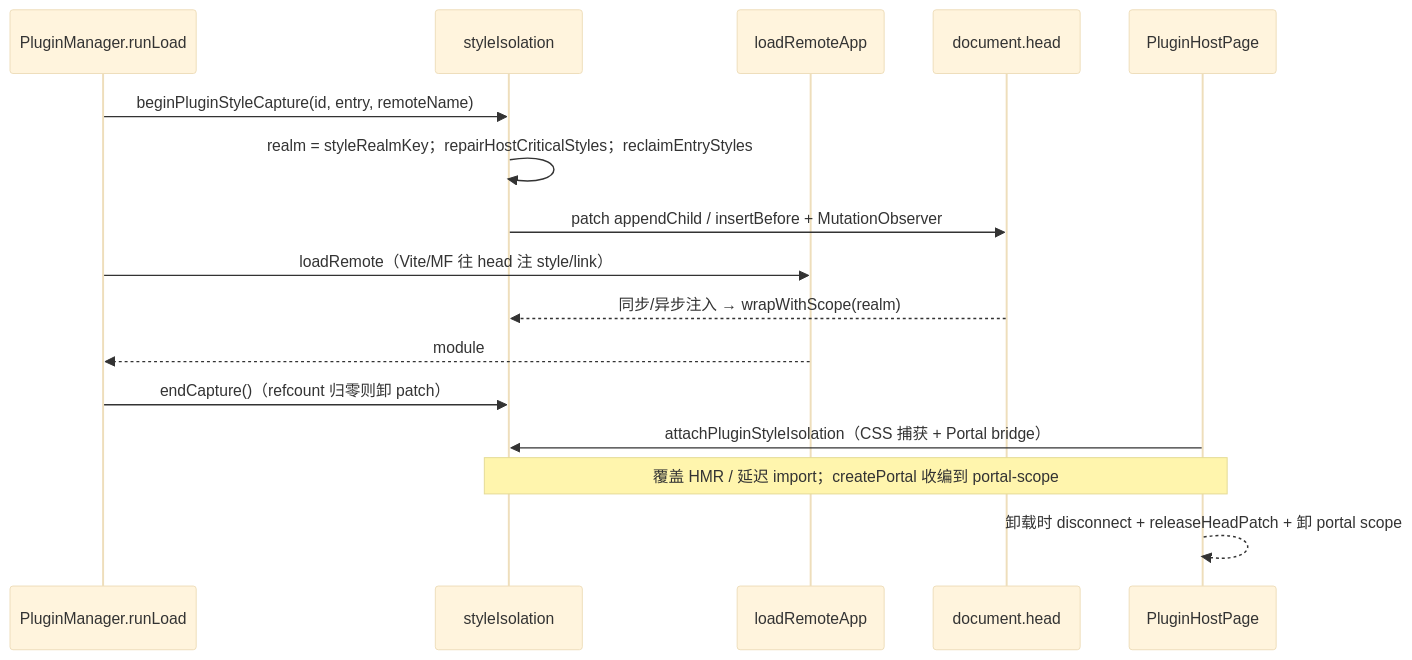
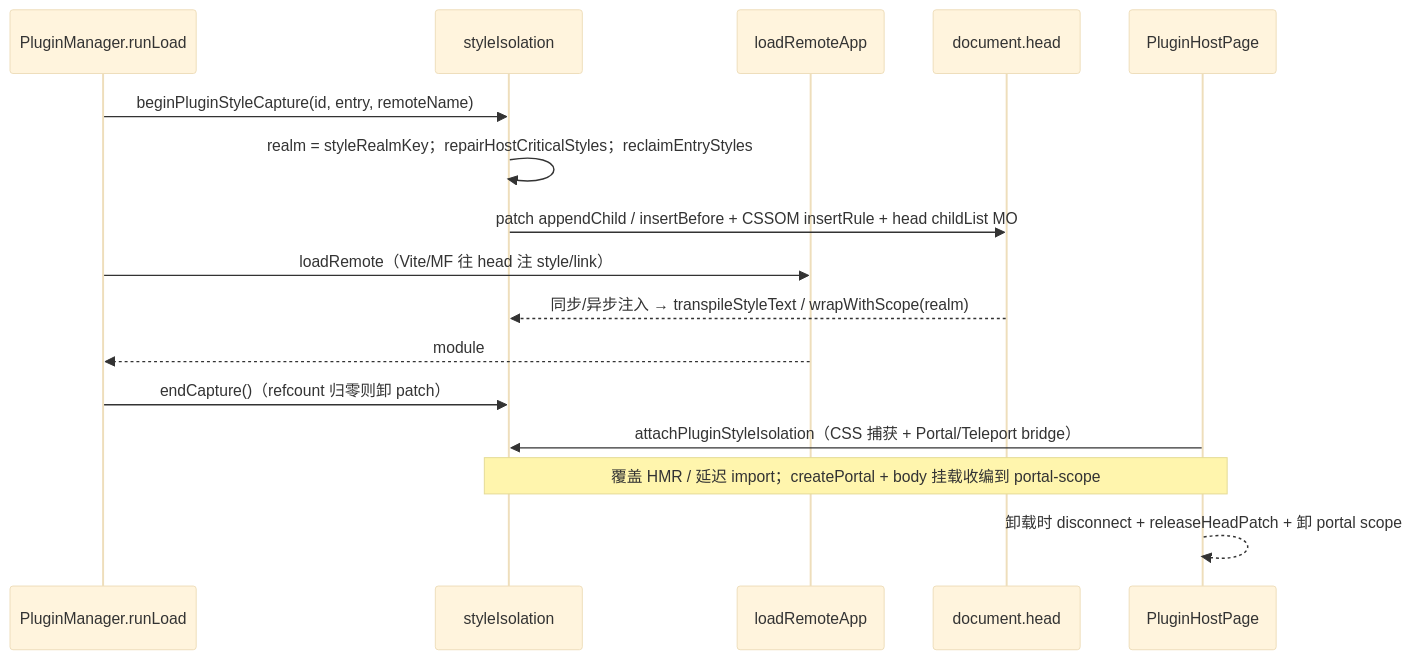
Before and after one commit to dnhyxc/dnhyxc-ai: the first of 7 diagrams in apps/frontend/src/plugins/docs/mf-implementation-guide.md, drawn with Mermaid (base theme). The commit also changed other lines of this file and 34 other files, not shown here.

````diff
--- a/apps/frontend/src/plugins/docs/mf-implementation-guide.md
+++ b/apps/frontend/src/plugins/docs/mf-implementation-guide.md
@@ -2192,19 +2199,19 @@
 ```mermaid
 sequenceDiagram
   participant PM as PluginManager.runLoad
   participant SI as styleIsolation
   participant MF as loadRemoteApp
   participant Head as document.head
   participant Page as PluginHostPage
 
   PM->>SI: beginPluginStyleCapture(id, entry, remoteName)
   SI->>SI: realm = styleRealmKey；repairHostCriticalStyles；reclaimEntryStyles
-  SI->>Head: patch appendChild / insertBefore + MutationObserver
+  SI->>Head: patch appendChild / insertBefore + CSSOM insertRule + head childList MO
   PM->>MF: loadRemote（Vite/MF 往 head 注 style/link）
-  Head-->>SI: 同步/异步注入 → wrapWithScope(realm)
+  Head-->>SI: 同步/异步注入 → transpileStyleText / wrapWithScope(realm)
   MF-->>PM: module
   PM->>SI: endCapture()（refcount 归零则卸 patch）
-  Page->>SI: attachPluginStyleIsolation（CSS 捕获 + Portal bridge）
-  Note over Page,SI: 覆盖 HMR / 延迟 import；createPortal 收编到 portal-scope
+  Page->>SI: attachPluginStyleIsolation（CSS 捕获 + Portal/Teleport bridge）
+  Note over Page,SI: 覆盖 HMR / 延迟 import；createPortal + body 挂载收编到 portal-scope
   Page-->>Page: 卸载时 disconnect + releaseHeadPatch + 卸 portal scope
 ```
````
